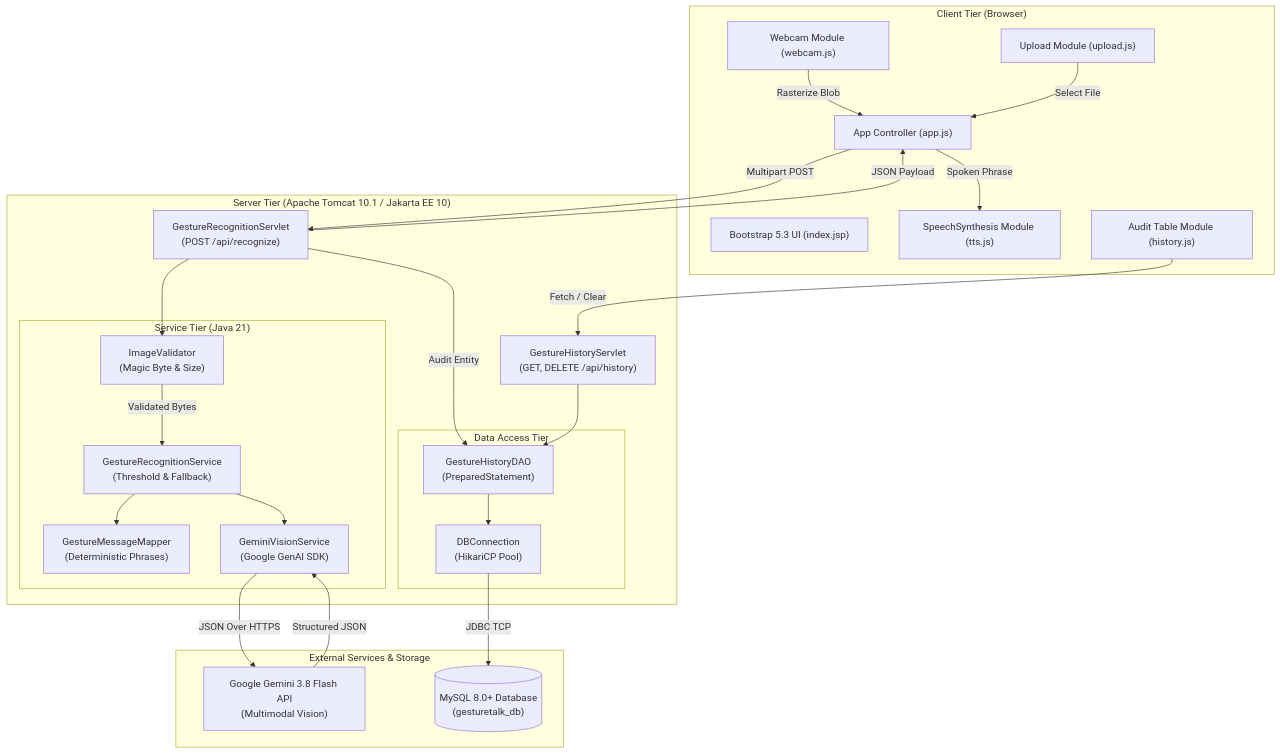
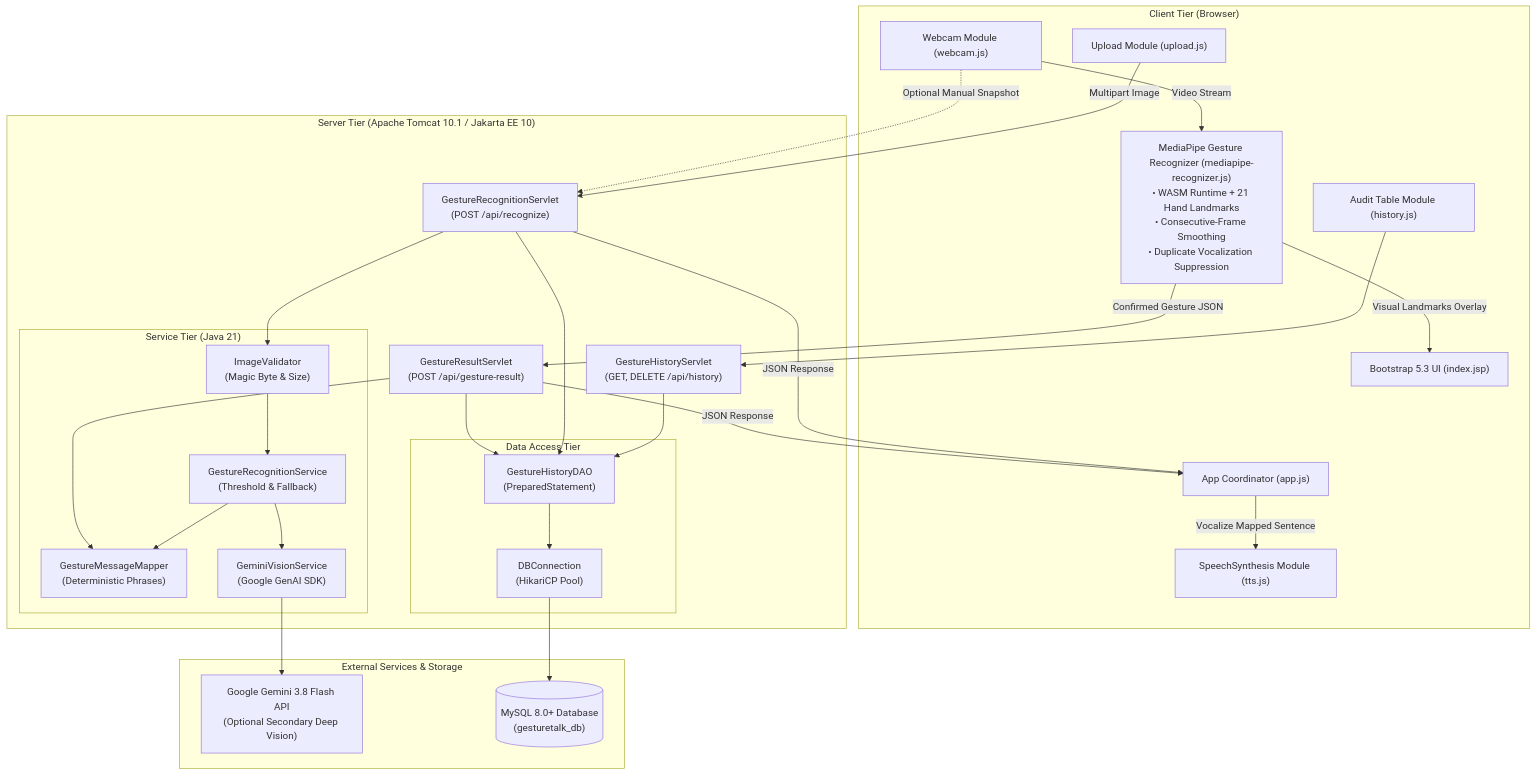
Before and after one commit to anish-kumar03/Gesture-Talk-AI: the diagram in docs/ARCHITECTURE.md, drawn with Mermaid. The commit also changed other lines of this file and 24 other files, not shown here.

Commit message:
Media pipe run time added in the project for the slow process, now working completely

````diff
--- a/docs/ARCHITECTURE.md
+++ b/docs/ARCHITECTURE.md
@@ -28,53 +31,52 @@
 ```mermaid
 flowchart TD
     subgraph Client["Client Tier (Browser)"]
         UI["Bootstrap 5.3 UI (index.jsp)"]
         CAM["Webcam Module (webcam.js)"]
+        MP["MediaPipe Gesture Recognizer (mediapipe-recognizer.js)<br/>• WASM Runtime + 21 Hand Landmarks<br/>• Consecutive-Frame Smoothing<br/>• Duplicate Vocalization Suppression"]
         UPL["Upload Module (upload.js)"]
         TTS["SpeechSynthesis Module (tts.js)"]
         HIST["Audit Table Module (history.js)"]
-        APP["App Controller (app.js)"]
+        APP["App Coordinator (app.js)"]
     end
 
     subgraph Container["Server Tier (Apache Tomcat 10.1 / Jakarta EE 10)"]
+        RES_SERV["GestureResultServlet<br/>(POST /api/gesture-result)"]
         REC_SERV["GestureRecognitionServlet<br/>(POST /api/recognize)"]
         HIST_SERV["GestureHistoryServlet<br/>(GET, DELETE /api/history)"]
         
         subgraph Services["Service Tier (Java 21)"]
             VAL["ImageValidator<br/>(Magic Byte & Size)"]
             REC_SVC["GestureRecognitionService<br/>(Threshold & Fallback)"]
             MAP["GestureMessageMapper<br/>(Deterministic Phrases)"]
             GEMINI["GeminiVisionService<br/>(Google GenAI SDK)"]
         end
 
         subgraph DAOTier["Data Access Tier"]
             DAO["GestureHistoryDAO<br/>(PreparedStatement)"]
             POOL["DBConnection<br/>(HikariCP Pool)"]
         end
     end
 
     subgraph External["External Services & Storage"]
-        GEMINI_API["Google Gemini 3.8 Flash API<br/>(Multimodal Vision)"]
+        GEMINI_API["Google Gemini 3.8 Flash API<br/>(Optional Secondary Deep Vision)"]
         MYSQL[("MySQL 8.0+ Database<br/>(gesturetalk_db)")]
     end
 
-    CAM -->|Rasterize Blob| APP
-    UPL -->|Select File| APP
-    APP -->|Multipart POST| REC_SERV
-    HIST -->|Fetch / Clear| HIST_SERV
-
-    REC_SERV --> VAL
-    VAL -->|Validated Bytes| REC_SVC
-    REC_SVC --> GEMINI
-    GEMINI -->|JSON Over HTTPS| GEMINI_API
-    GEMINI_API -->|Structured JSON| GEMINI
+    CAM -->|Video Stream| MP
+    MP -->|Visual Landmarks Overlay| UI
+    MP -->|Confirmed Gesture JSON| RES_SERV
+    CAM -.->|Optional Manual Snapshot| REC_SERV
+    UPL -->|Multipart Image| REC_SERV
+    RES_SERV --> MAP
+    RES_SERV --> DAO
+    REC_SERV --> VAL --> REC_SVC --> GEMINI --> GEMINI_API
     REC_SVC --> MAP
-    REC_SERV -->|Audit Entity| DAO
-    DAO --> POOL
-    POOL -->|JDBC TCP| MYSQL
-
+    REC_SERV --> DAO
+    DAO --> POOL --> MYSQL
+    RES_SERV -->|JSON Response| APP
+    REC_SERV -->|JSON Response| APP
+    APP -->|Vocalize Mapped Sentence| TTS
     HIST_SERV --> DAO
-
-    REC_SERV -->|JSON Payload| APP
-    APP -->|Spoken Phrase| TTS
+    HIST --> HIST_SERV
 ```
````
